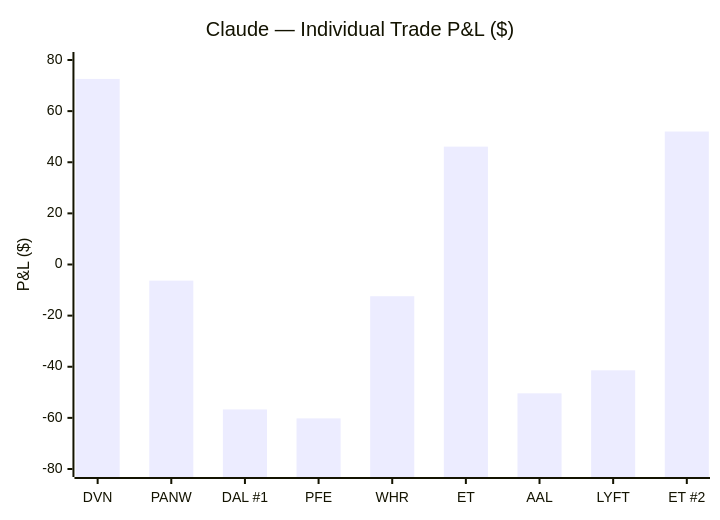
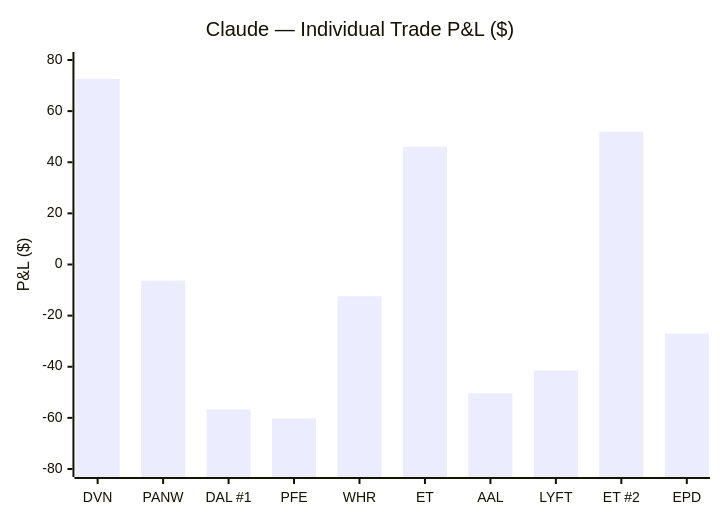
One commit to zachisit/ai-auto-buy-thesis changed the second of 5 diagrams in README.md. Above: the diagram before and after it, drawn with Mermaid. The commit also changed other lines of this file and 2 other files, not shown here.

````diff
--- a/README.md
+++ b/README.md
@@ -39,7 +39,7 @@
 ```mermaid
 xychart-beta
     title "Claude — Individual Trade P&L ($)"
-    x-axis ["DVN", "PANW", "DAL #1", "PFE", "WHR", "ET", "AAL", "LYFT", "ET #2"]
+    x-axis ["DVN", "PANW", "DAL #1", "PFE", "WHR", "ET", "AAL", "LYFT", "ET #2", "EPD"]
     y-axis "P&L ($)" -80 --> 80
-    bar [72.60, -6.30, -56.70, -60.20, -12.41, 46.11, -50.40, -41.40, 52.02]
+    bar [72.60, -6.30, -56.70, -60.20, -12.41, 46.11, -50.40, -41.40, 52.02, -27.00]
 ```
````
